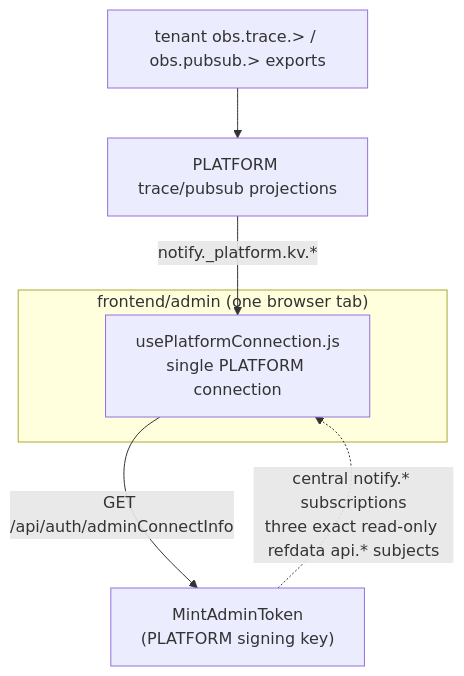
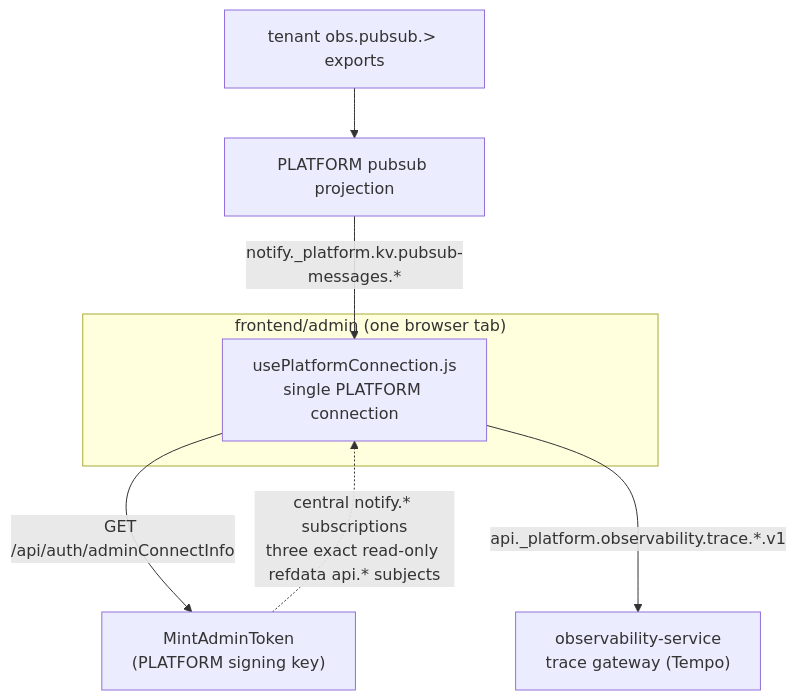
The first of 16 diagrams in obsidian/V3-Platform/Architecture/Dictionary-POC/ARCHITECTURE-ACCOUNTS.md (jthomas78/nats-tech-lab), drawn with Mermaid before and after one commit. The commit also changed other lines of this file and 170 other files, not shown here.

````diff
--- a/obsidian/V3-Platform/Architecture/Dictionary-POC/ARCHITECTURE-ACCOUNTS.md
+++ b/obsidian/V3-Platform/Architecture/Dictionary-POC/ARCHITECTURE-ACCOUNTS.md
@@ -354,11 +369,12 @@
 ```mermaid
 
 flowchart TB
     subgraph Browser["frontend/admin (one browser tab)"]
         Platform["usePlatformConnection.js<br/>single PLATFORM connection"]
     end
     Platform -- "GET /api/auth/adminConnectInfo" --> MintAdmin["MintAdminToken<br/>(PLATFORM signing key)"]
     MintAdmin -.->|"central notify.* subscriptions<br/>three exact read-only refdata api.* subjects"| Platform
-    TenantExports["tenant obs.trace.&gt; / obs.pubsub.&gt; exports"] --> PlatformStores["PLATFORM trace/pubsub projections"]
-    PlatformStores -->|"notify._platform.kv.*"| Platform
+    TenantExports["tenant obs.pubsub.&gt; exports"] --> PlatformStores["PLATFORM pubsub projection"]
+    PlatformStores -->|"notify._platform.kv.pubsub-messages.*"| Platform
+    Platform -- "api._platform.observability.trace.*.v1" --> Gateway["observability-service<br/>trace gateway (Tempo)"]
 ```
````
